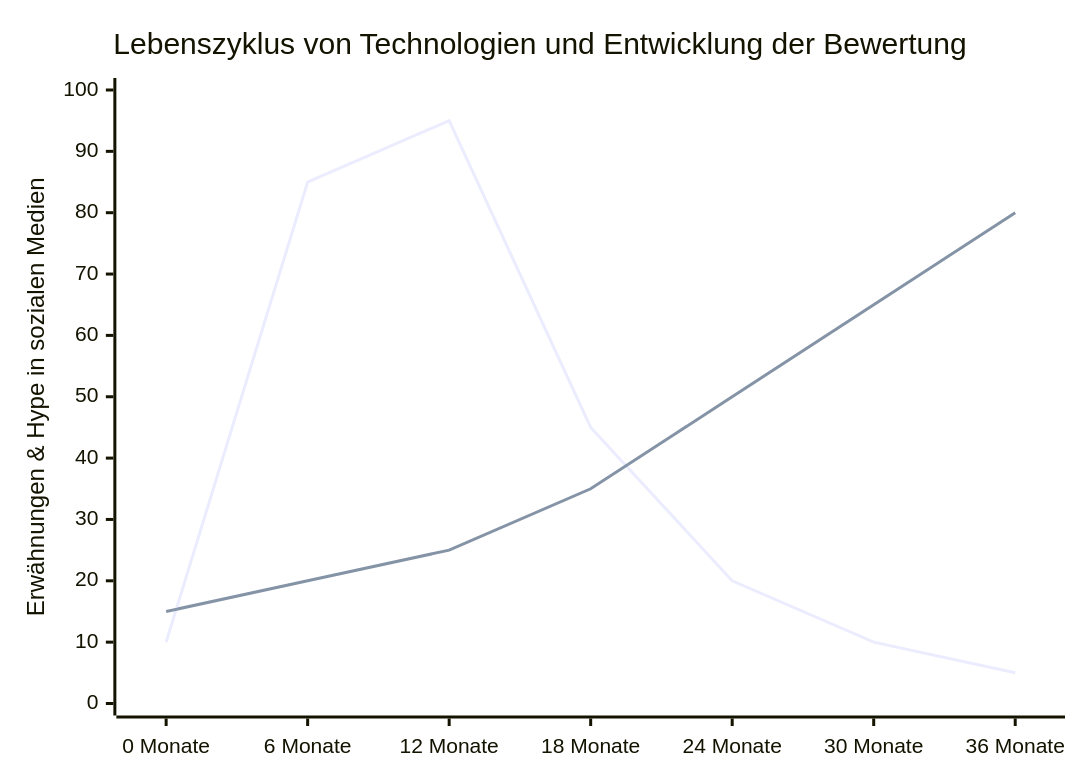
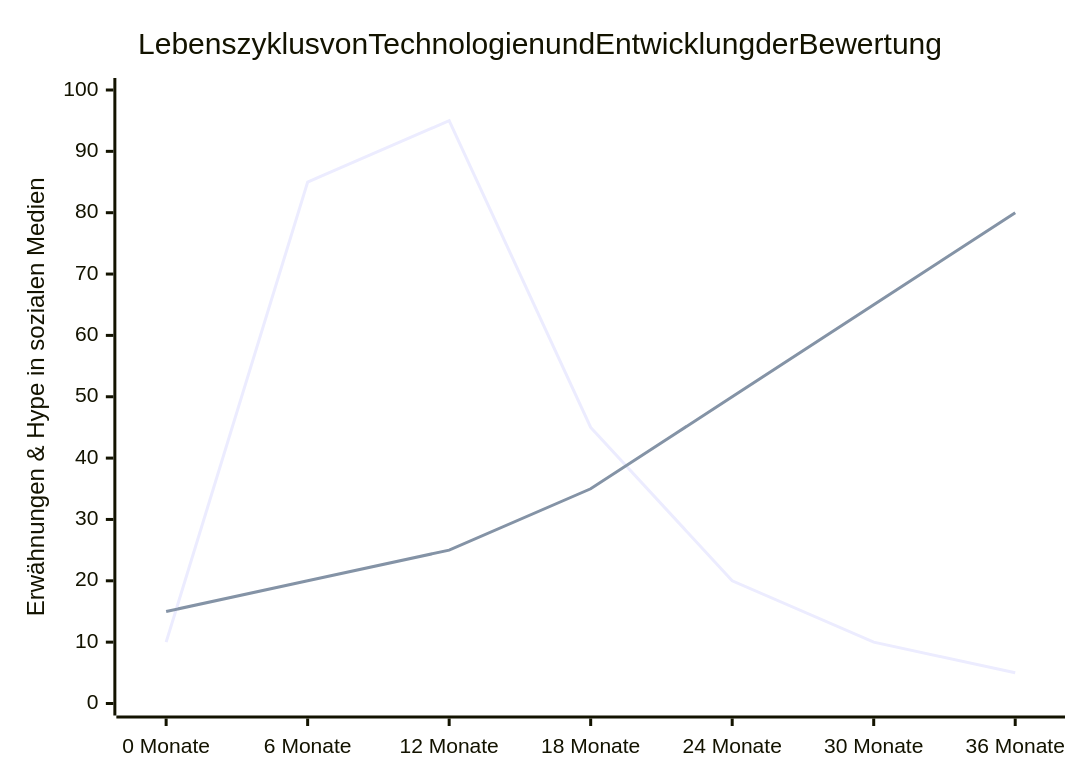
One commit to kenjinote/blog changed the second of 2 diagrams in content/post/sns_algorithm/index.de.md. Above: the diagram before and after it, drawn with Mermaid. The commit also changed other lines of this file and 703 other files, not shown here.

Commit message:
Fix: Remove quotes from Mermaid link texts and timeline definitions to support Mermaid 11.4.1

````diff
--- a/content/post/sns_algorithm/index.de.md
+++ b/content/post/sns_algorithm/index.de.md
@@ -122,8 +122,8 @@
 ```mermaid
 xychart-beta
-    title "Lebenszyklus von Technologien und Entwicklung der Bewertung"
+    title Lebenszyklus von Technologien und Entwicklung der Bewertung
     x-axis ["0 Monate", "6 Monate", "12 Monate", "18 Monate", "24 Monate", "30 Monate", "36 Monate"]
     y-axis "Erwähnungen & Hype in sozialen Medien" 0 --> 100
     line [10, 85, 95, 45, 20, 10, 5]
     line [15, 20, 25, 35, 50, 65, 80]
 ```
````
